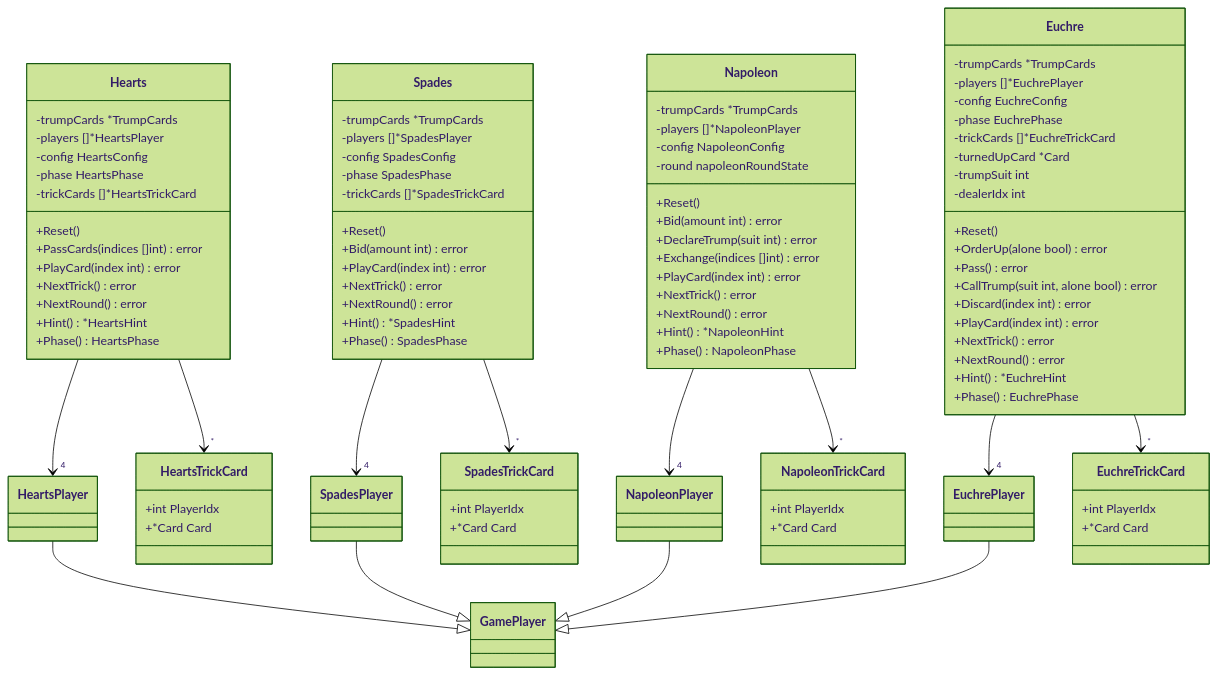
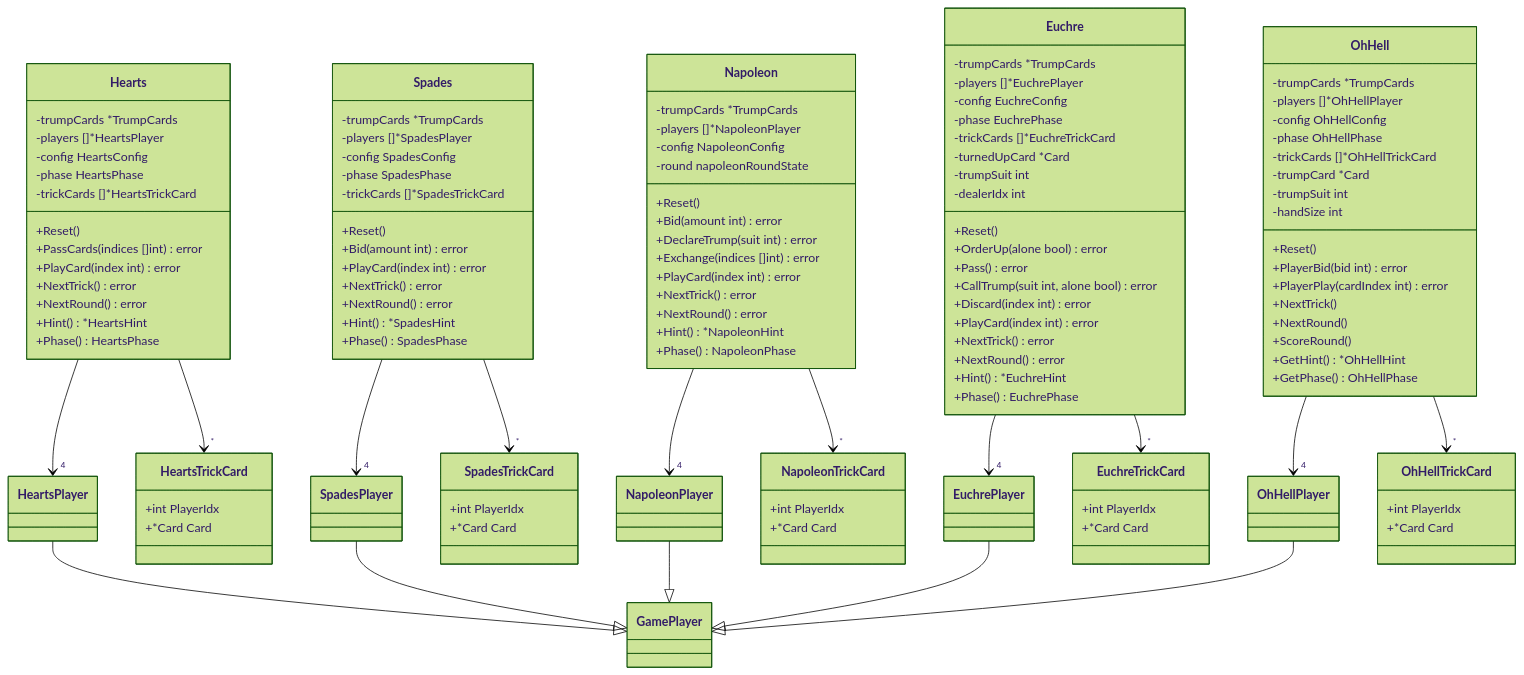
One commit to yuta-yoshinaga/go_trumpcards changed the third of 35 diagrams in docs/design/backend.md. Above: the diagram before and after it, drawn with Mermaid (forest theme). The commit also changed other lines of this file and 53 other files, not shown here.

First line of the commit message:
feat: add Oh Hell game

````diff
--- a/docs/design/backend.md
+++ b/docs/design/backend.md
@@ -324,6 +326,30 @@
         +*Card Card
     }
 
+    class OhHell {
+        -trumpCards *TrumpCards
+        -players []*OhHellPlayer
+        -config OhHellConfig
+        -phase OhHellPhase
+        -trickCards []*OhHellTrickCard
+        -trumpCard *Card
+        -trumpSuit int
+        -handSize int
+        +Reset()
+        +PlayerBid(bid int) error
+        +PlayerPlay(cardIndex int) error
+        +NextTrick()
+        +NextRound()
+        +ScoreRound()
+        +GetHint() *OhHellHint
+        +GetPhase() OhHellPhase
+    }
+
+    class OhHellTrickCard {
+        +int PlayerIdx
+        +*Card Card
+    }
+
     Hearts --> "4" HeartsPlayer
     Hearts --> "*" HeartsTrickCard
     Spades --> "4" SpadesPlayer
@@ -332,8 +358,11 @@
     Napoleon --> "*" NapoleonTrickCard
     Euchre --> "4" EuchrePlayer
     Euchre --> "*" EuchreTrickCard
+    OhHell --> "4" OhHellPlayer
+    OhHell --> "*" OhHellTrickCard
     HeartsPlayer --|> GamePlayer
     SpadesPlayer --|> GamePlayer
     NapoleonPlayer --|> GamePlayer
     EuchrePlayer --|> GamePlayer
+    OhHellPlayer --|> GamePlayer
 ```
````
